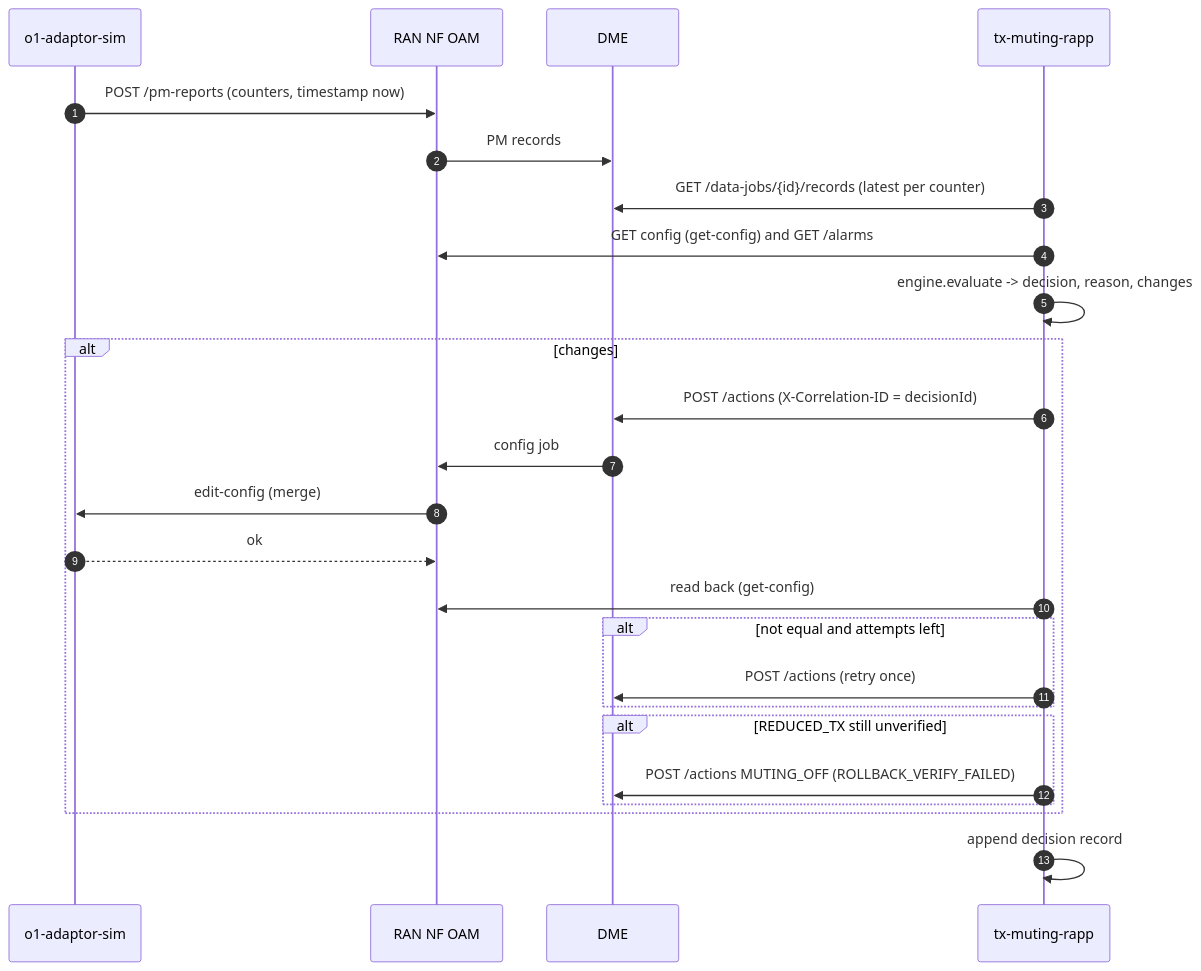
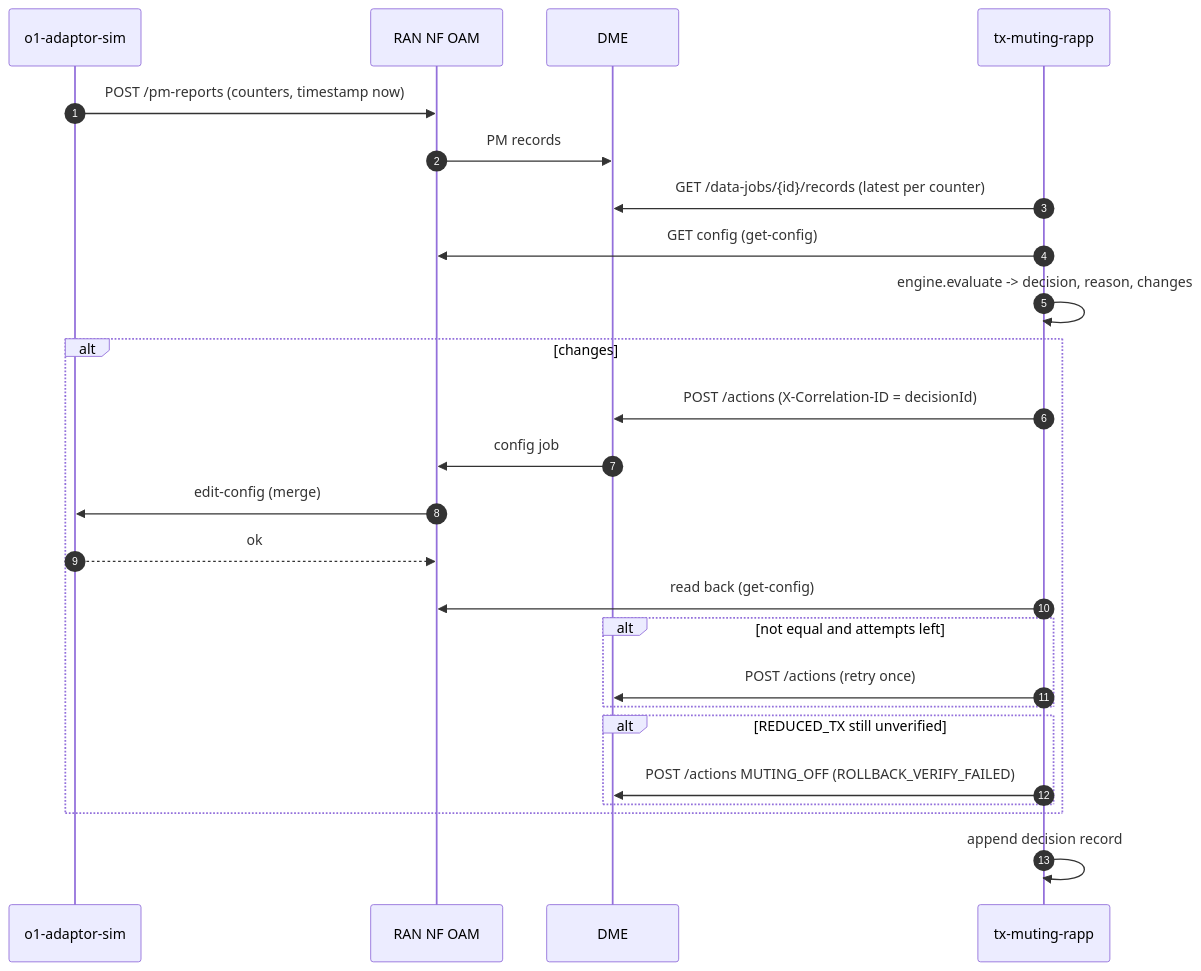
Before and after one commit to rsys-bshankar/ai-ran-ref: the third of 4 diagrams in smo/samples/tx-muting-rapp/README.md, drawn with Mermaid. The commit also changed other lines of this file and 24 other files, not shown here.

````diff
--- a/smo/samples/tx-muting-rapp/README.md
+++ b/smo/samples/tx-muting-rapp/README.md
@@ -195,27 +204,27 @@
 ```mermaid
 sequenceDiagram
     autonumber
     participant AD as o1-adaptor-sim
     participant NF as RAN NF OAM
     participant D as DME
     participant R as tx-muting-rapp
     AD->>NF: POST /pm-reports (counters, timestamp now)
     NF->>D: PM records
     R->>D: GET /data-jobs/{id}/records (latest per counter)
-    R->>NF: GET config (get-config) and GET /alarms
+    R->>NF: GET config (get-config)
     R->>R: engine.evaluate -> decision, reason, changes
     alt changes
         R->>D: POST /actions (X-Correlation-ID = decisionId)
         D->>NF: config job
         NF->>AD: edit-config (merge)
         AD-->>NF: ok
         R->>NF: read back (get-config)
         alt not equal and attempts left
             R->>D: POST /actions (retry once)
         end
         alt REDUCED_TX still unverified
             R->>D: POST /actions MUTING_OFF (ROLLBACK_VERIFY_FAILED)
         end
     end
     R->>R: append decision record
 ```
````
